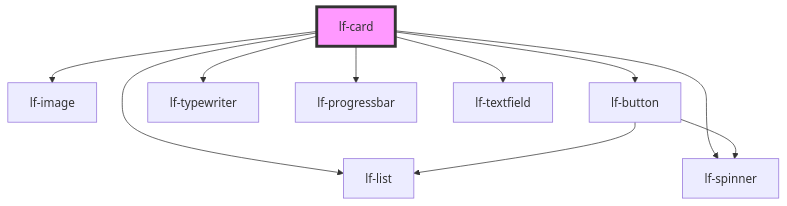
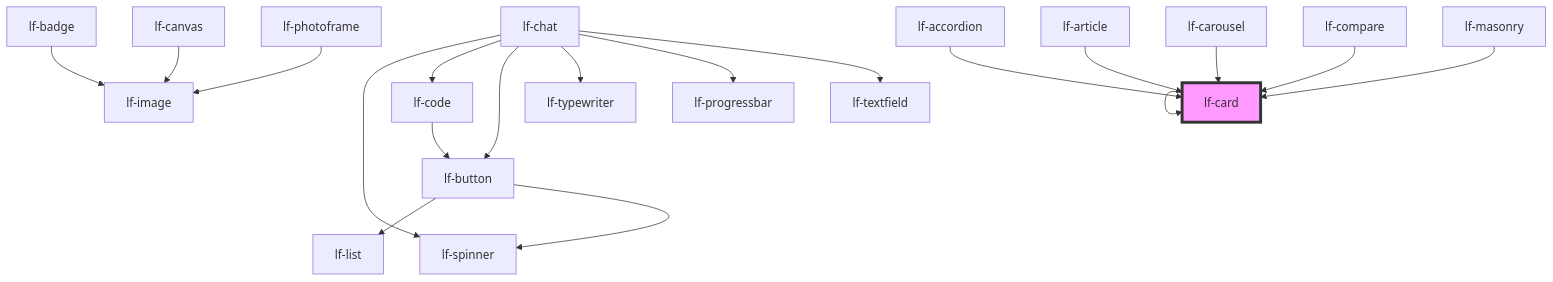
One commit to lucafoscili/lf-widgets changed the diagram in packages/core/src/components/lf-card/readme.md. Above: the diagram before and after it, drawn with Mermaid. The commit also changed other lines of this file and 68 other files, not shown here.

````diff
--- a/packages/core/src/components/lf-card/readme.md
+++ b/packages/core/src/components/lf-card/readme.md
@@ -119,13 +134,22 @@
 ```mermaid
 graph TD;
-  lf-card --> lf-list
-  lf-card --> lf-spinner
-  lf-card --> lf-image
-  lf-card --> lf-button
-  lf-card --> lf-typewriter
-  lf-card --> lf-progressbar
-  lf-card --> lf-textfield
+  lf-card --> lf-card
+  lf-badge --> lf-image
   lf-button --> lf-list
   lf-button --> lf-spinner
+  lf-canvas --> lf-image
+  lf-chat --> lf-spinner
+  lf-chat --> lf-code
+  lf-chat --> lf-button
+  lf-chat --> lf-typewriter
+  lf-chat --> lf-progressbar
+  lf-chat --> lf-textfield
+  lf-code --> lf-button
+  lf-photoframe --> lf-image
+  lf-accordion --> lf-card
+  lf-article --> lf-card
+  lf-carousel --> lf-card
+  lf-compare --> lf-card
+  lf-masonry --> lf-card
   style lf-card fill:#f9f,stroke:#333,stroke-width:4px
 ```
````
